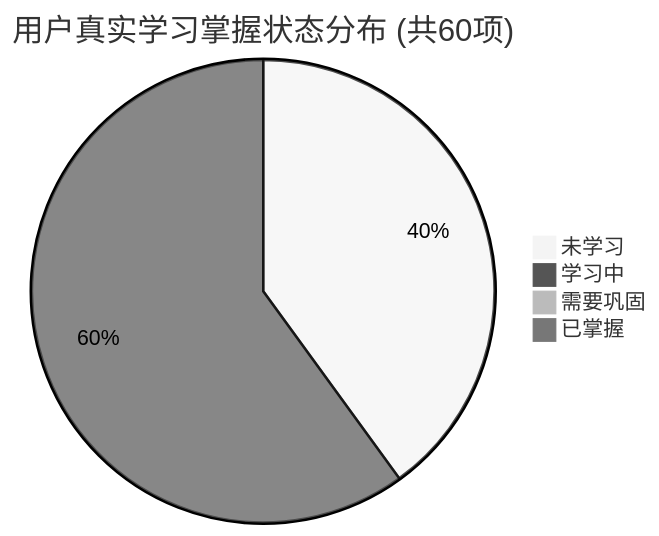
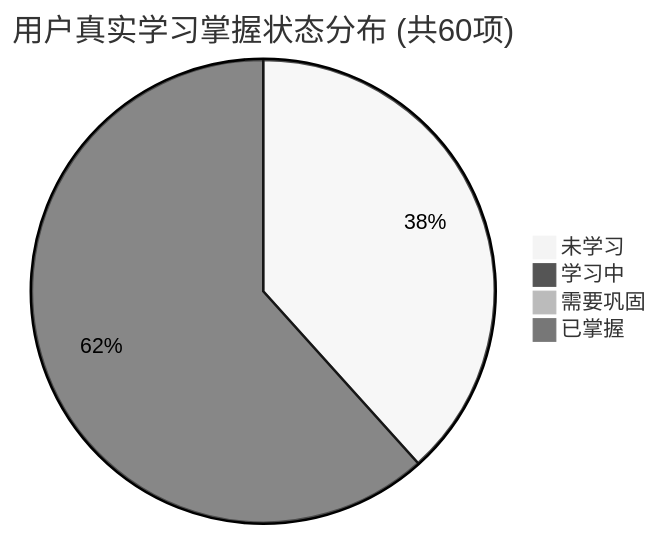
Before and after one commit to tieke1121/tech-interview-knowledge-base: the first of 2 diagrams in PROGRESS.md, drawn with Mermaid (neutral theme). The commit also changed other lines of this file and 1 other file, not shown here.

````diff
--- a/PROGRESS.md
+++ b/PROGRESS.md
@@ -27,7 +27,7 @@
 ```mermaid
 pie title 用户真实学习掌握状态分布 (共60项)
-    "未学习" : 24
-    "学习中" : 36
+    "未学习" : 23
+    "学习中" : 37
     "需要巩固" : 0
     "已掌握" : 0
 ```
````
